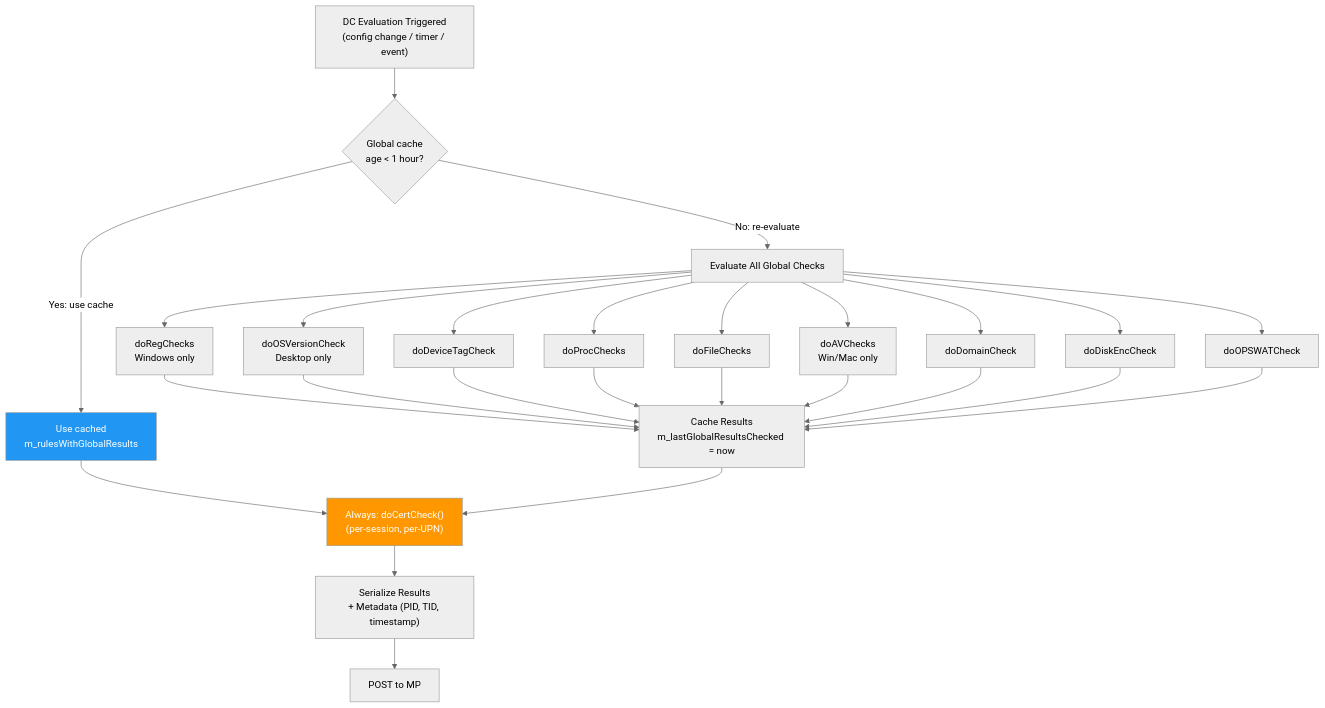
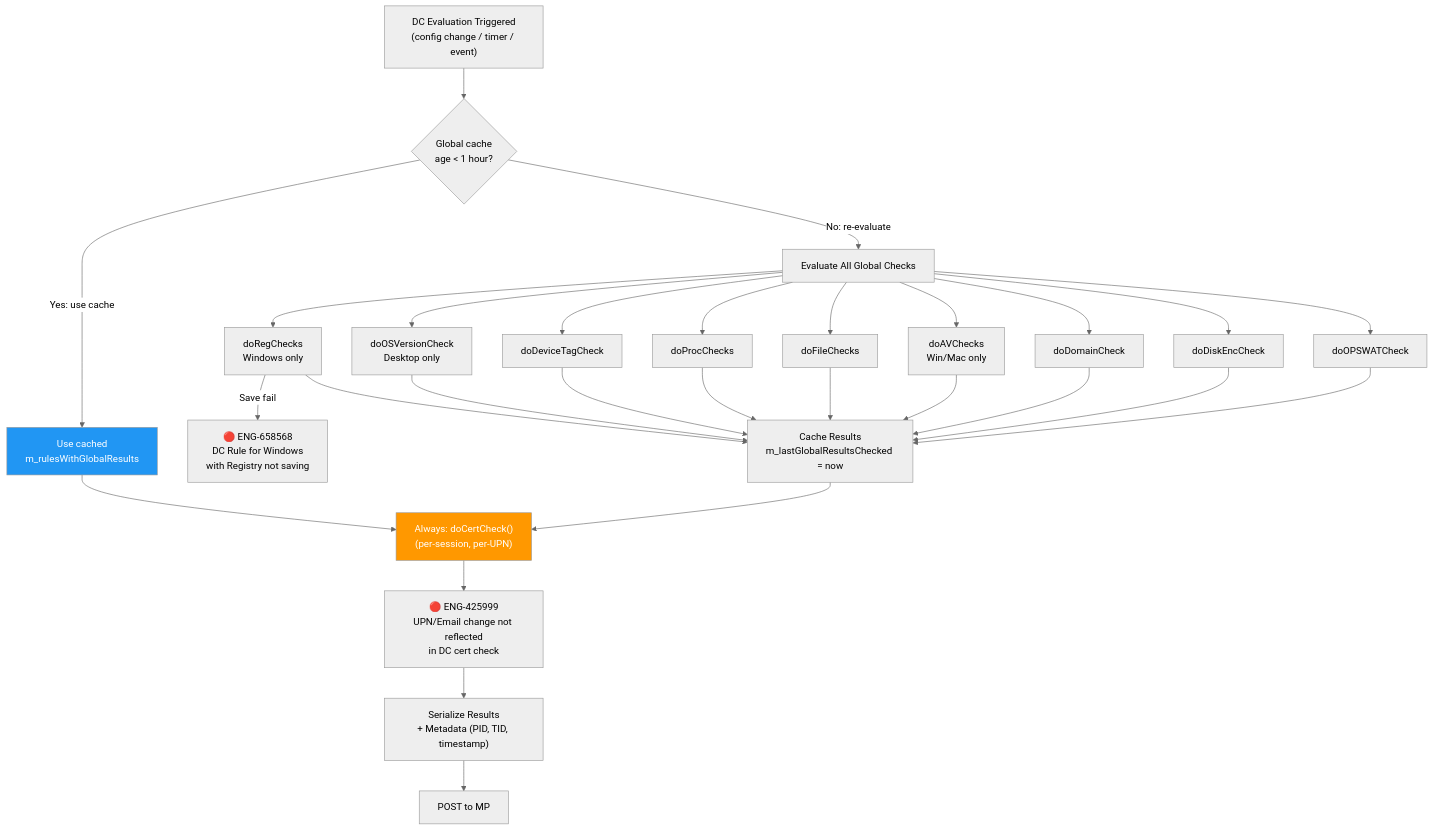
Before and after one commit to ns-klin/endpoint_system_test_plan: the third of 10 diagrams in chapters/12_device_classification.md, drawn with Mermaid (neutral theme). The commit also changed other lines of this file and 26 other files, not shown here.

First line of the commit message:
Add 87 bugs from Excel enrichment and integrate into mermaid diagrams

````diff
--- a/chapters/12_device_classification.md
+++ b/chapters/12_device_classification.md
@@ -312,28 +322,30 @@
 ```mermaid
 flowchart TD
     TRIGGER["DC Evaluation Triggered<br/>(config change / timer / event)"] --> CACHE_CHECK{Global cache<br/>age < 1 hour?}
 
     CACHE_CHECK -->|Yes: use cache| SKIP_GLOBAL["Use cached<br/>m_rulesWithGlobalResults"]
     CACHE_CHECK -->|No: re-evaluate| GLOBAL["Evaluate All Global Checks"]
 
     GLOBAL --> REG[doRegChecks<br/>Windows only]
+    REG -->|Save fail| BUG_658568["🔴 ENG-658568<br/>DC Rule for Windows<br/>with Registry not saving"]
     GLOBAL --> OS[doOSVersionCheck<br/>Desktop only]
     GLOBAL --> TAG[doDeviceTagCheck]
     GLOBAL --> PROC[doProcChecks]
     GLOBAL --> FILE[doFileChecks]
     GLOBAL --> AV_CHK[doAVChecks<br/>Win/Mac only]
     GLOBAL --> DOM[doDomainCheck]
     GLOBAL --> DISK[doDiskEncCheck]
     GLOBAL --> OPSWAT[doOPSWATCheck]
 
     REG & OS & TAG & PROC & FILE & AV_CHK & DOM & DISK & OPSWAT --> CACHE_WRITE["Cache Results<br/>m_lastGlobalResultsChecked = now"]
 
     SKIP_GLOBAL --> CERT
     CACHE_WRITE --> CERT
 
-    CERT["Always: doCertCheck()<br/>(per-session, per-UPN)"] --> SERIALIZE["Serialize Results<br/>+ Metadata (PID, TID, timestamp)"]
+    CERT["Always: doCertCheck()<br/>(per-session, per-UPN)"] --> BUG_425999["🔴 ENG-425999<br/>UPN/Email change not reflected<br/>in DC cert check"]
+    BUG_425999 --> SERIALIZE["Serialize Results<br/>+ Metadata (PID, TID, timestamp)"]
     SERIALIZE --> REPORT["POST to MP"]
 
     style SKIP_GLOBAL fill:#2196F3,color:#fff
     style CERT fill:#FF9800,color:#fff
 ```
````
